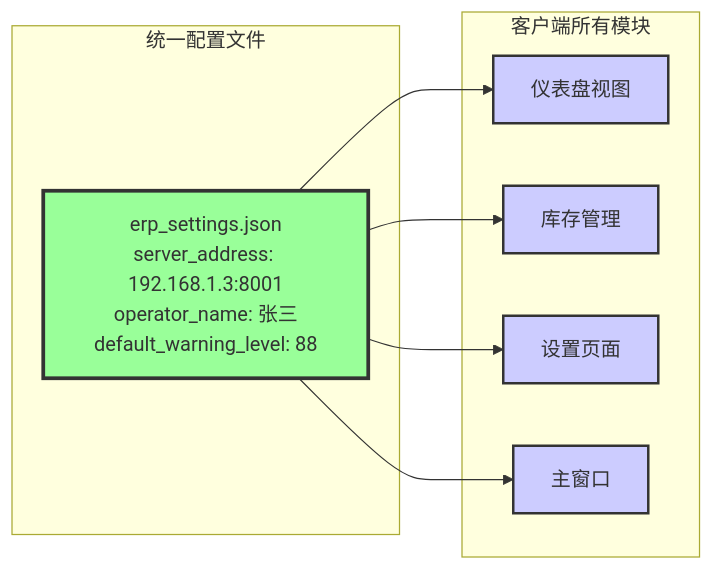
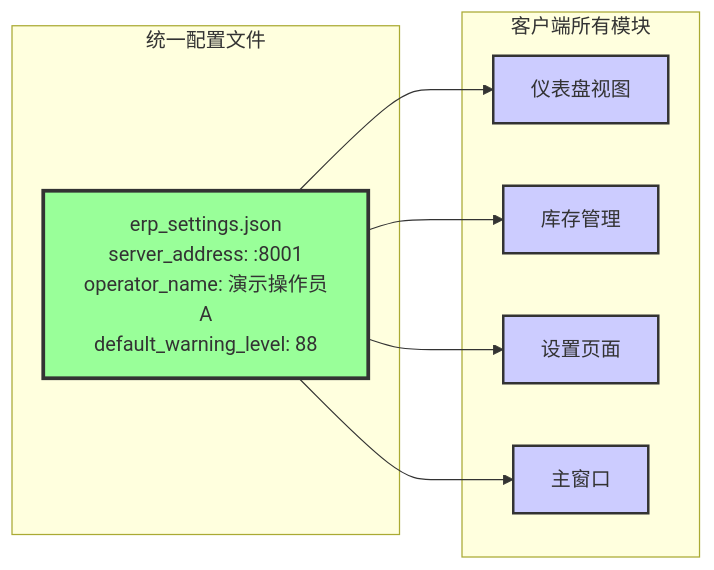
One commit to change979666/simple-stock-desktop changed the third of 3 diagrams in README.md. Above: the diagram before and after it, drawn with Mermaid. The commit also changed other lines of this file, not shown here.

Commit message:
docs: replace example LAN IP with <SERVER_IP> and fictional operator names in README

````diff
--- a/README.md
+++ b/README.md
@@ -125,24 +125,24 @@
 ```mermaid
 graph LR
     subgraph "统一配置文件"
-        CONFIG[erp_settings.json<br/>server_address: 192.168.1.3:8001<br/>operator_name: 张三<br/>default_warning_level: 88]
+        CONFIG[erp_settings.json<br/>server_address: <SERVER_IP>:8001<br/>operator_name: 演示操作员A<br/>default_warning_level: 88]
     end
     
     subgraph "客户端所有模块"
         DASH[仪表盘视图]
         INV[库存管理]
         SETTINGS[设置页面]
         MAIN[主窗口]
     end
     
     CONFIG --> DASH
     CONFIG --> INV
     CONFIG --> SETTINGS
     CONFIG --> MAIN
     
     style CONFIG fill:#9f9,stroke:#333,stroke-width:3px
     style DASH fill:#ccf,stroke:#333,stroke-width:2px
     style INV fill:#ccf,stroke:#333,stroke-width:2px
     style SETTINGS fill:#ccf,stroke:#333,stroke-width:2px
     style MAIN fill:#ccf,stroke:#333,stroke-width:2px
 ```
````
